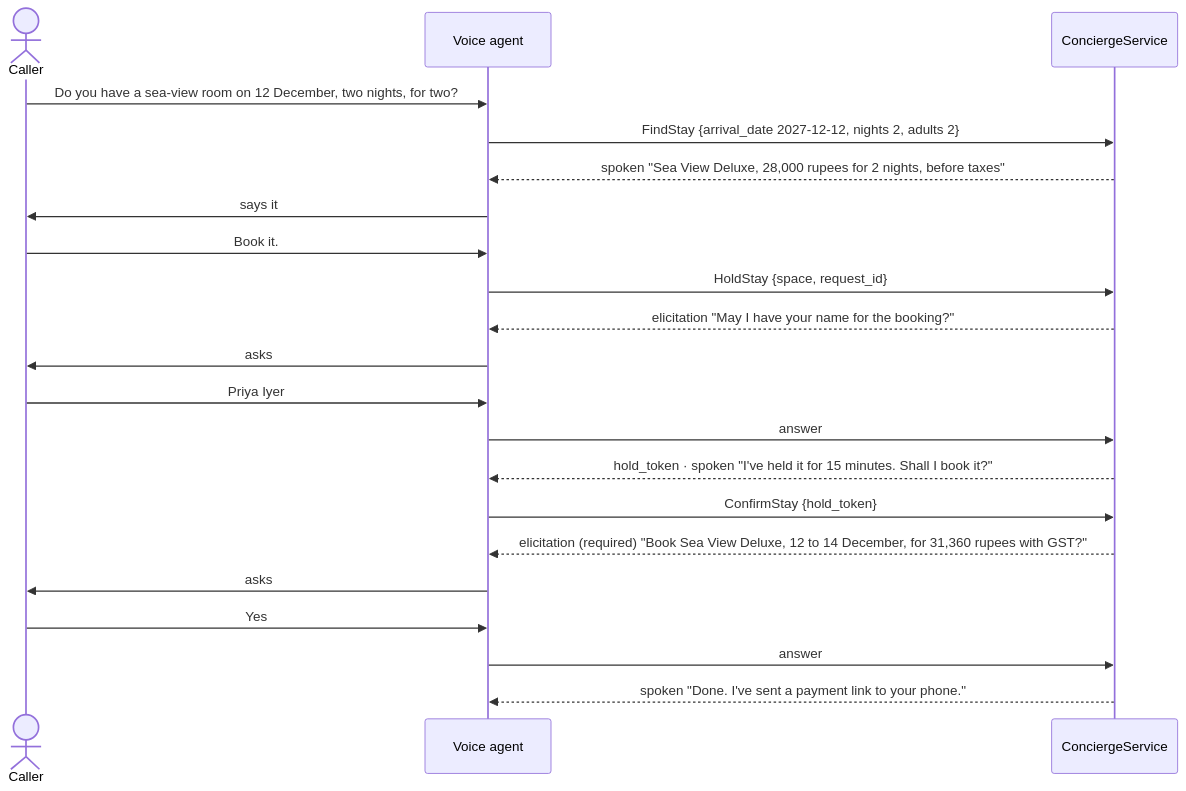
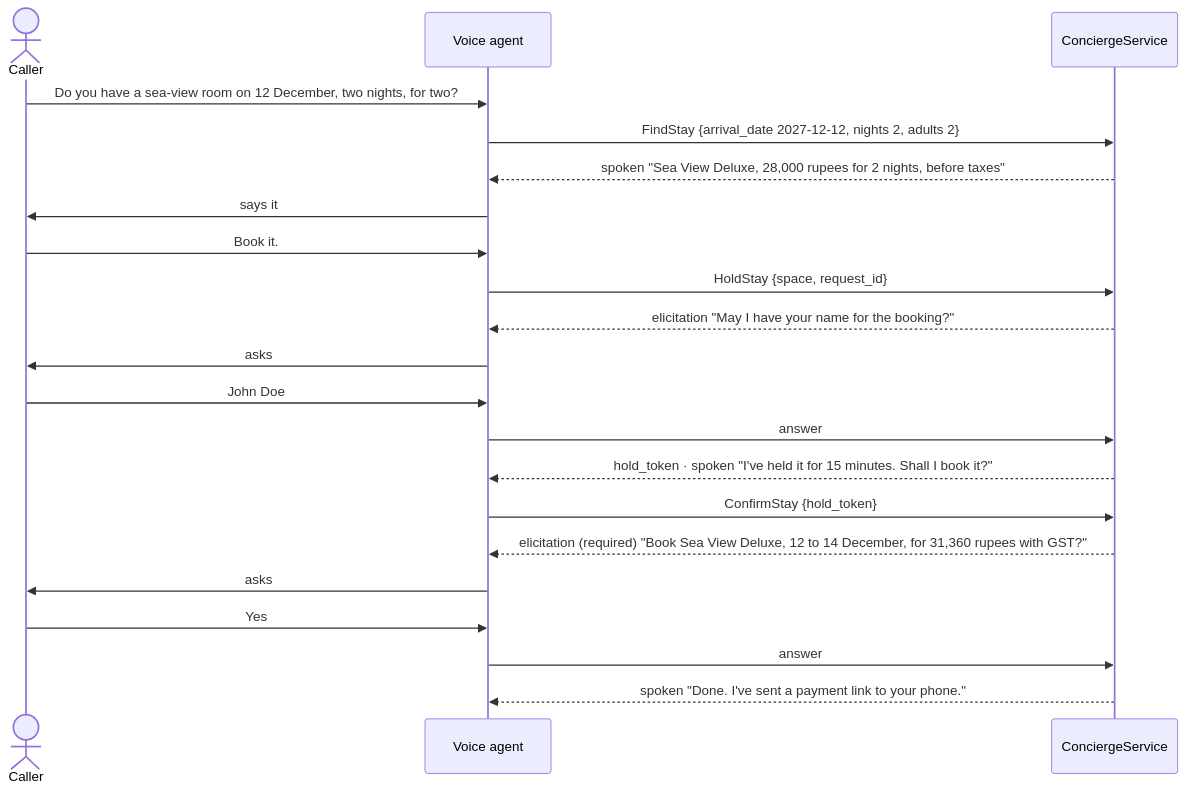
One commit to shokki-engineering/aperio changed the second of 3 diagrams in docs/voice.md. Above: the diagram before and after it, drawn with Mermaid. The commit also changed 78 other files, not shown here.

````diff
--- a/docs/voice.md
+++ b/docs/voice.md
@@ -102,23 +102,23 @@
 ```mermaid
 sequenceDiagram
     actor Caller
     participant Agent as Voice agent
     participant C as ConciergeService
     Caller->>Agent: Do you have a sea-view room on 12 December, two nights, for two?
     Agent->>C: FindStay {arrival_date 2027-12-12, nights 2, adults 2}
     C-->>Agent: spoken "Sea View Deluxe, 28,000 rupees for 2 nights, before taxes"
     Agent->>Caller: says it
     Caller->>Agent: Book it.
     Agent->>C: HoldStay {space, request_id}
     C-->>Agent: elicitation "May I have your name for the booking?"
     Agent->>Caller: asks
-    Caller->>Agent: Priya Iyer
+    Caller->>Agent: John Doe
     Agent->>C: answer
     C-->>Agent: hold_token · spoken "I've held it for 15 minutes. Shall I book it?"
     Agent->>C: ConfirmStay {hold_token}
     C-->>Agent: elicitation (required) "Book Sea View Deluxe, 12 to 14 December, for 31,360 rupees with GST?"
     Agent->>Caller: asks
     Caller->>Agent: Yes
     Agent->>C: answer
     C-->>Agent: spoken "Done. I've sent a payment link to your phone."
 ```
````
